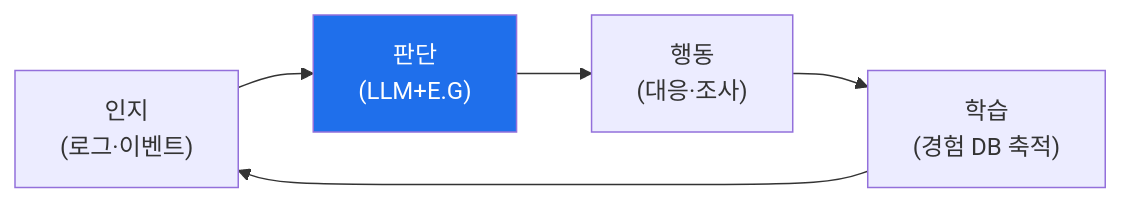
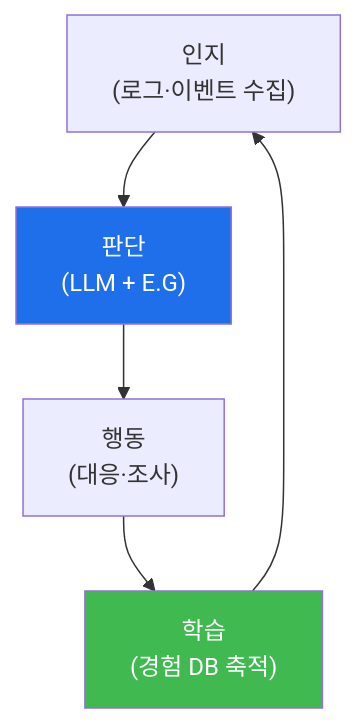
One commit to mrgrit/tw2 changed the diagram in contents/training/autonomous-security/lecture_week01.md. Above: the diagram before and after it, drawn with Mermaid. The commit also changed other lines of this file, not shown here.

````diff
--- a/contents/training/autonomous-security/lecture_week01.md
+++ b/contents/training/autonomous-security/lecture_week01.md
@@ -55,8 +58,9 @@
 ```mermaid
-graph LR
-    P["인지<br/>(로그·이벤트)"] --> D["판단<br/>(LLM+E.G)"]
+graph TD
+    P["인지<br/>(로그·이벤트 수집)"] --> D["판단<br/>(LLM + E.G)"]
     D --> A["행동<br/>(대응·조사)"]
     A --> L["학습<br/>(경험 DB 축적)"]
     L --> P
     style D fill:#1f6feb,color:#fff
+    style L fill:#3fb950,color:#fff
 ```
````
